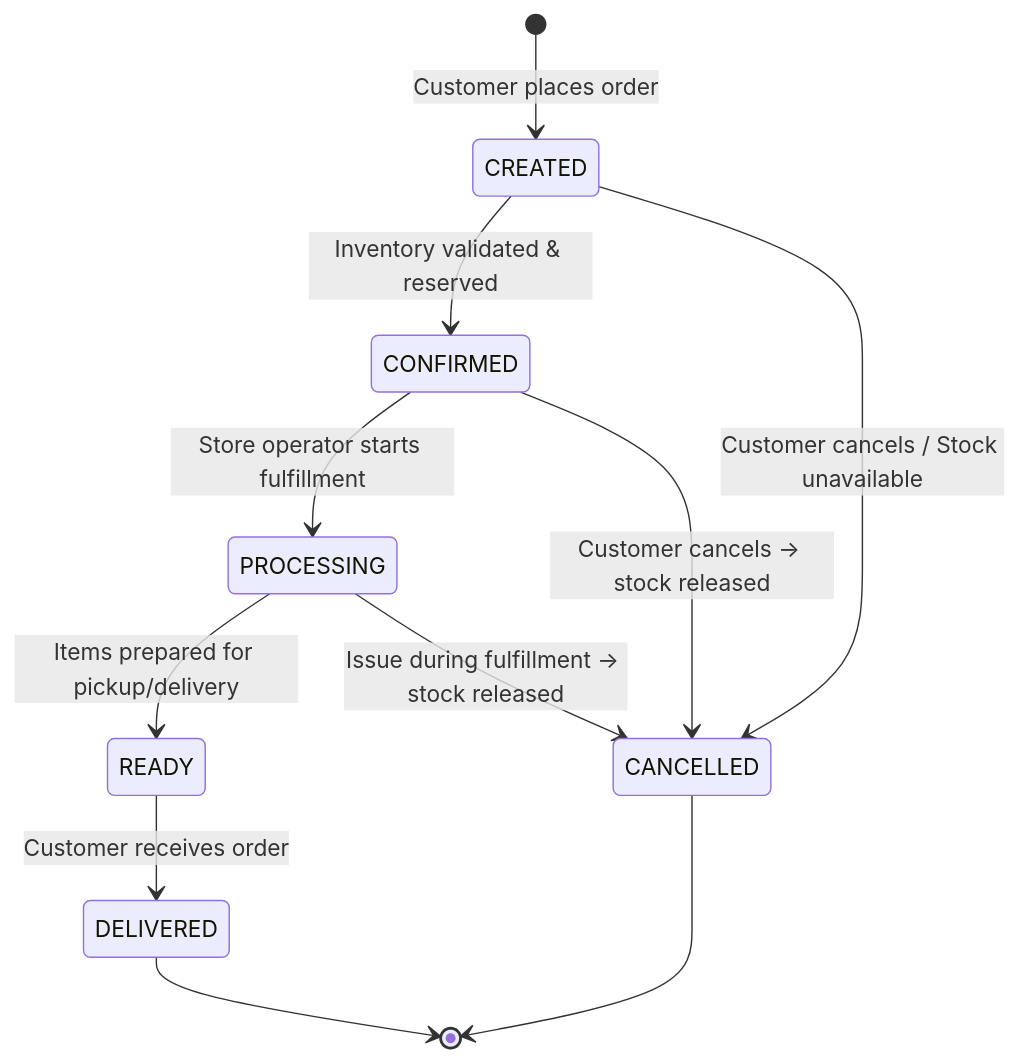
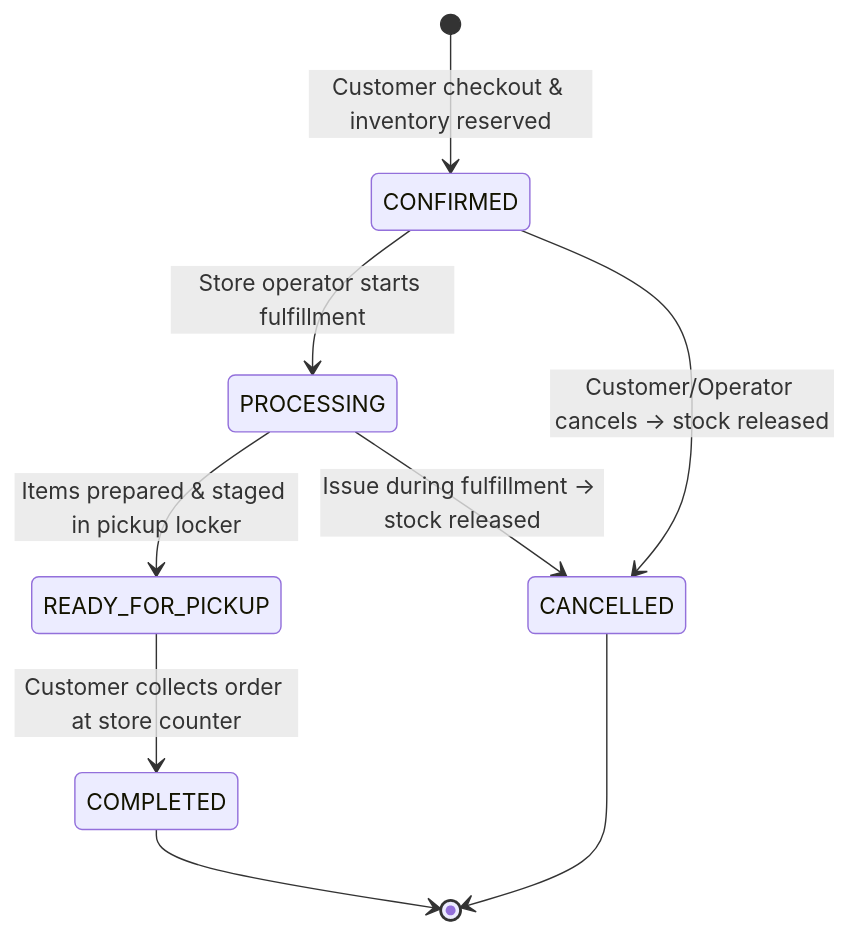
Before and after one commit to VINEETH1425/NormalDocs: the third of 4 diagrams in docs/activity-diagram.md, drawn with Mermaid. The commit also changed other lines of this file and 1 other file, not shown here.

Commit message:
docs: synchronize class and activity diagrams with latest restock, updateProduct, and order status lifecycle

````diff
--- a/docs/activity-diagram.md
+++ b/docs/activity-diagram.md
@@ -99,18 +99,15 @@
 ```mermaid
 stateDiagram-v2
-    [*] --> CREATED : Customer places order
-
-    CREATED --> CONFIRMED : Inventory validated & reserved
-    CREATED --> CANCELLED : Customer cancels / Stock unavailable
+    [*] --> CONFIRMED : Customer checkout & inventory reserved
 
     CONFIRMED --> PROCESSING : Store operator starts fulfillment
-    CONFIRMED --> CANCELLED : Customer cancels → stock released
+    CONFIRMED --> CANCELLED : Customer/Operator cancels → stock released
 
-    PROCESSING --> READY : Items prepared for pickup/delivery
+    PROCESSING --> READY_FOR_PICKUP : Items prepared & staged in pickup locker
     PROCESSING --> CANCELLED : Issue during fulfillment → stock released
 
-    READY --> DELIVERED : Customer receives order
+    READY_FOR_PICKUP --> COMPLETED : Customer collects order at store counter
 
-    DELIVERED --> [*]
+    COMPLETED --> [*]
     CANCELLED --> [*]
 ```
````
